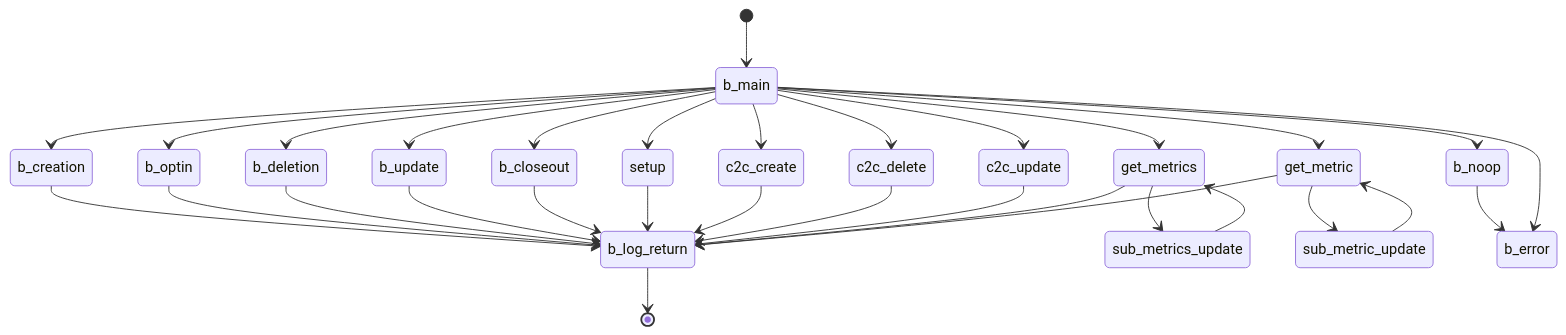
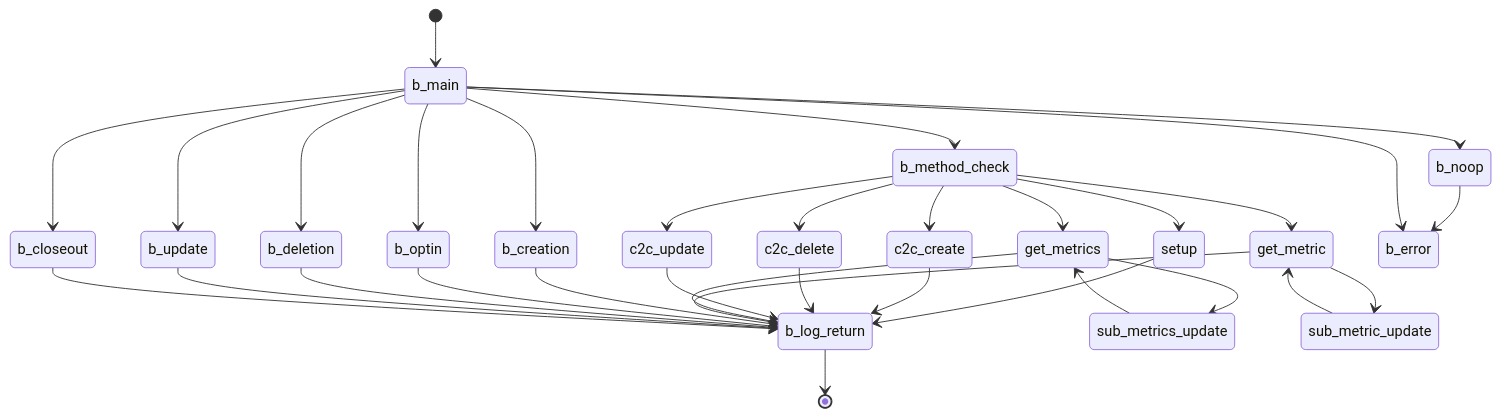
One commit to Sun-C0ffee/algopoap-smartcontracts changed the fourth of 7 diagrams in README.md. Above: the diagram before and after it, drawn with Mermaid.

````diff
--- a/README.md
+++ b/README.md
@@ -105,51 +105,52 @@
 ```mermaid
   stateDiagram-v2
     [*] --> b_main
    
     b_main --> b_creation
+    b_main --> b_method_check
+
+    b_method_check --> setup
+    setup --> b_log_return
+    
+    b_method_check --> c2c_create
+    c2c_create --> b_log_return
+
+    b_method_check --> c2c_delete
+    c2c_delete --> b_log_return
+
+    b_method_check --> c2c_update
+    c2c_update --> b_log_return
+
+   
+    b_method_check --> get_metrics
+    get_metrics --> sub_metrics_update
+    sub_metrics_update --> get_metrics
+    get_metrics --> b_log_return
+
+    b_method_check --> get_metric
+    get_metric --> sub_metric_update
+    sub_metric_update --> get_metric
+    get_metric --> b_log_return
+
     b_creation --> b_log_return
 
     b_main --> b_optin
     b_optin --> b_log_return
 
     b_main --> b_deletion
     b_deletion --> b_log_return
 
     b_main --> b_update
     b_update --> b_log_return
 
     b_main --> b_closeout
     b_closeout --> b_log_return
 
-
-    b_main --> setup
-    setup --> b_log_return
-    
-    b_main --> c2c_create
-    c2c_create --> b_log_return
-
-    b_main --> c2c_delete
-    c2c_delete --> b_log_return
-
-    b_main --> c2c_update
-    c2c_update --> b_log_return
-
-   
-    b_main --> get_metrics
-    get_metrics --> sub_metrics_update
-    sub_metrics_update --> get_metrics
-    get_metrics --> b_log_return
-
-    b_main --> get_metric
-    get_metric --> sub_metric_update
-    sub_metric_update --> get_metric
-    get_metric --> b_log_return
-
     b_main --> b_noop
     b_noop --> b_error
 
     b_main --> b_error
 
     b_log_return --> [*]
     
 ```
````
